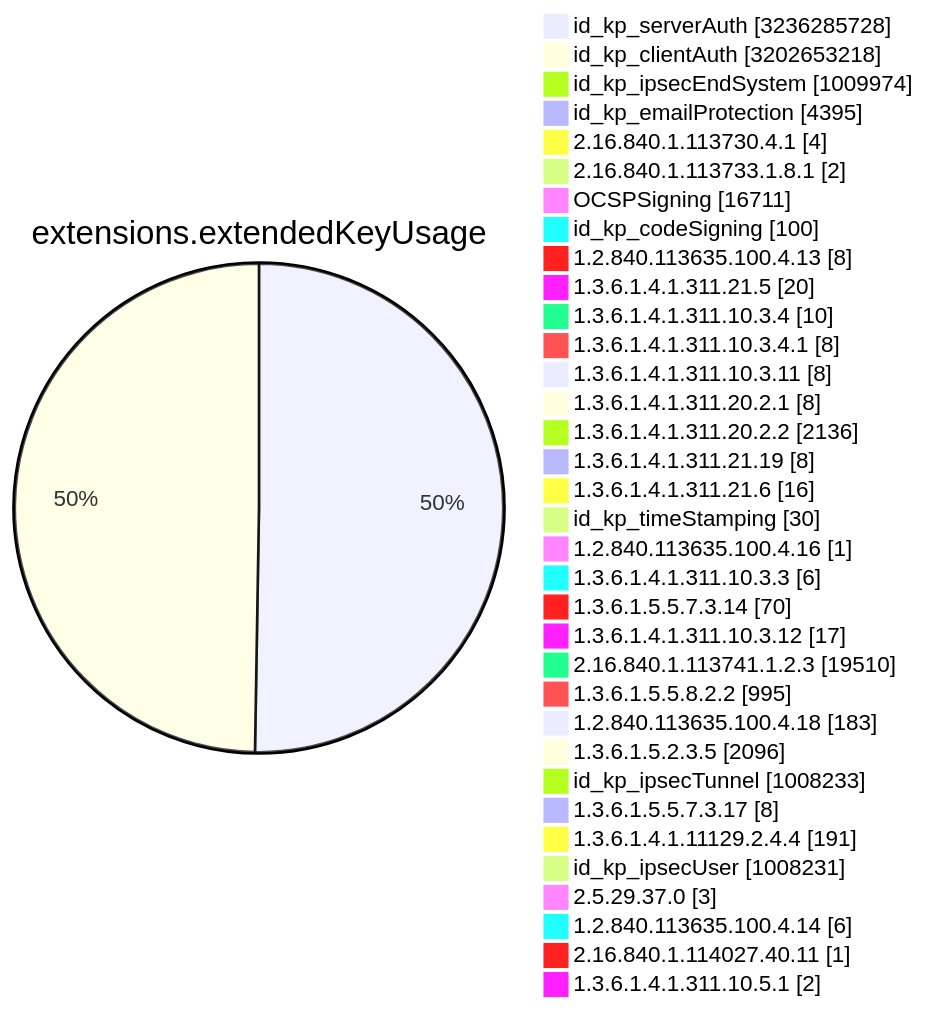
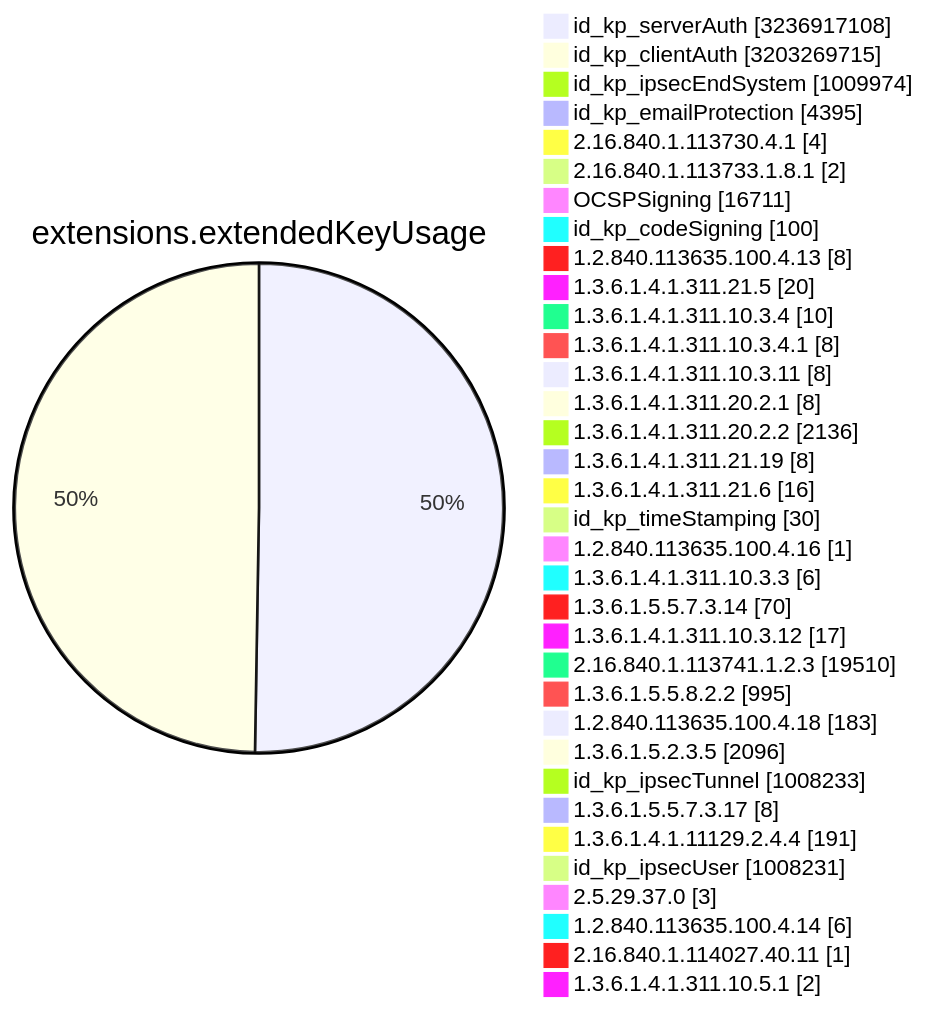
One commit to christiankrug/ctmonitor_visualization changed diagram 11 of 15 in TOTAL/README.md. Above: the diagram before and after it, drawn with Mermaid. The commit also changed other lines of this file, not shown here.

````diff
--- a/TOTAL/README.md
+++ b/TOTAL/README.md
@@ -4119,38 +4119,38 @@
 ```mermaid
 pie showData
 title extensions.extendedKeyUsage
-"id_kp_serverAuth" :3236285728
-"id_kp_clientAuth" :3202653218
+"id_kp_serverAuth" :3236917108
+"id_kp_clientAuth" :3203269715
 "id_kp_ipsecEndSystem" :1009974
 "id_kp_emailProtection" :4395
 "2.16.840.1.113730.4.1" :4
 "2.16.840.1.113733.1.8.1" :2
 "OCSPSigning" :16711
 "id_kp_codeSigning" :100
 "1.2.840.113635.100.4.13" :8
 "1.3.6.1.4.1.311.21.5" :20
 "1.3.6.1.4.1.311.10.3.4" :10
 "1.3.6.1.4.1.311.10.3.4.1" :8
 "1.3.6.1.4.1.311.10.3.11" :8
 "1.3.6.1.4.1.311.20.2.1" :8
 "1.3.6.1.4.1.311.20.2.2" :2136
 "1.3.6.1.4.1.311.21.19" :8
 "1.3.6.1.4.1.311.21.6" :16
 "id_kp_timeStamping" :30
 "1.2.840.113635.100.4.16" :1
 "1.3.6.1.4.1.311.10.3.3" :6
 "1.3.6.1.5.5.7.3.14" :70
 "1.3.6.1.4.1.311.10.3.12" :17
 "2.16.840.1.113741.1.2.3" :19510
 "1.3.6.1.5.5.8.2.2" :995
 "1.2.840.113635.100.4.18" :183
 "1.3.6.1.5.2.3.5" :2096
 "id_kp_ipsecTunnel" :1008233
 "1.3.6.1.5.5.7.3.17" :8
 "1.3.6.1.4.1.11129.2.4.4" :191
 "id_kp_ipsecUser" :1008231
 "2.5.29.37.0" :3
 "1.2.840.113635.100.4.14" :6
 "2.16.840.1.114027.40.11" :1
 "1.3.6.1.4.1.311.10.5.1" :2
 ```
````
